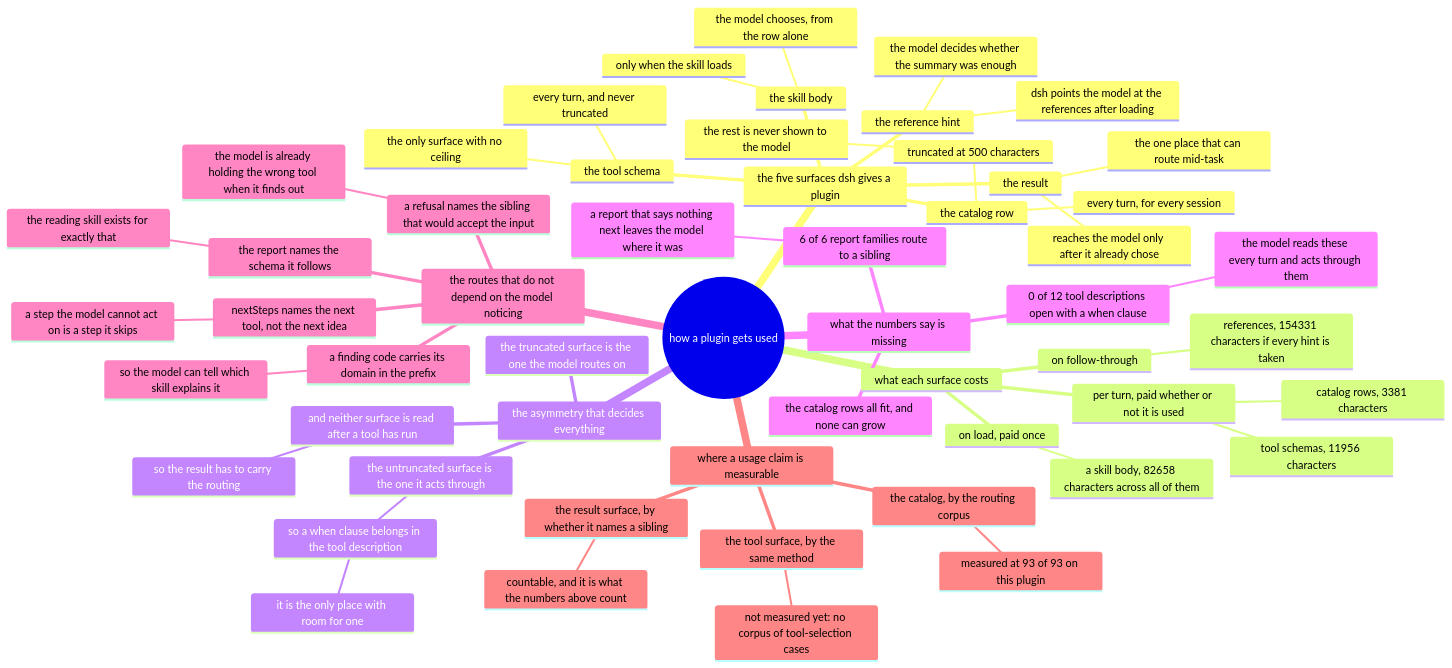
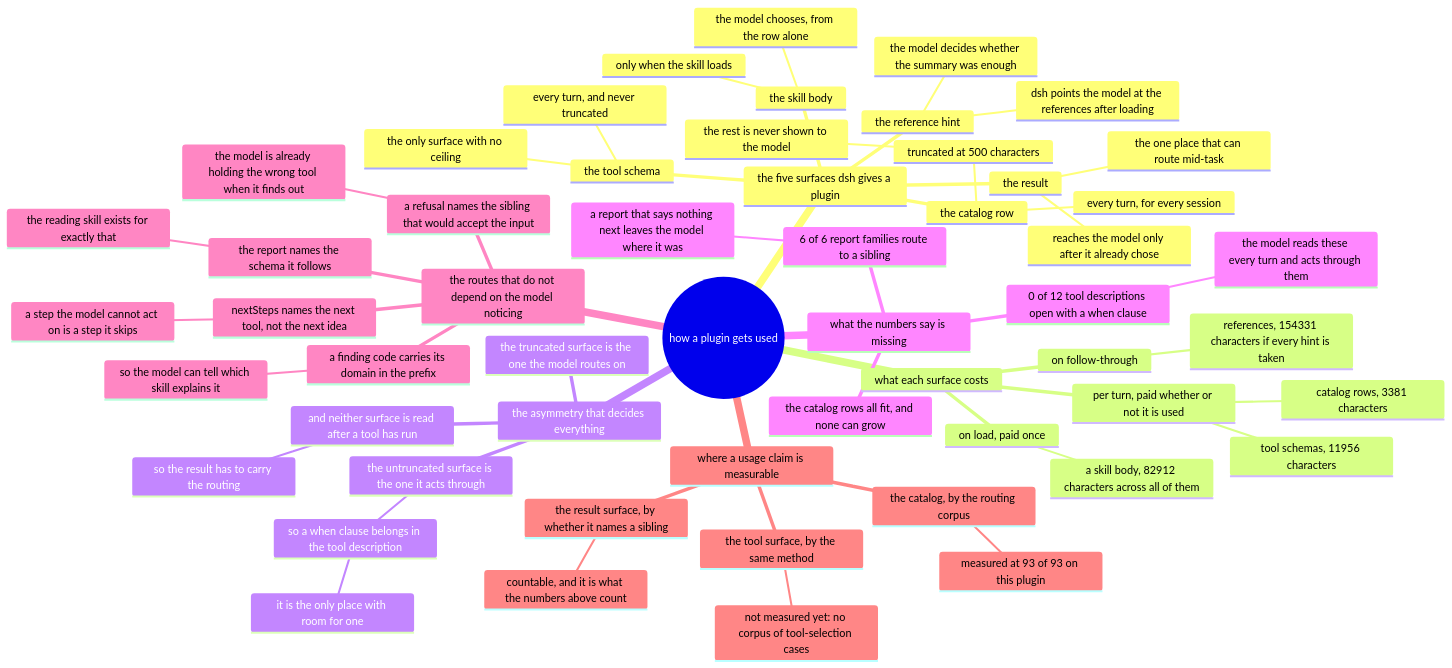
Before and after one commit to AmethystLuna/dsh-model-everything: the diagram in docs/usage/mindmap.mmd, drawn with Mermaid. The commit also changed 19 other files, not shown here.

```diff
--- a/docs/usage/mindmap.mmd
+++ b/docs/usage/mindmap.mmd
@@ -1,56 +1,56 @@
 mindmap
 root((how a plugin gets used))
   the five surfaces dsh gives a plugin
     the catalog row
       every turn, for every session
       truncated at 500 characters
         the rest is never shown to the model
     the skill body
       only when the skill loads
       the model chooses, from the row alone
     the reference hint
       dsh points the model at the references after loading
       the model decides whether the summary was enough
     the tool schema
       every turn, and never truncated
       the only surface with no ceiling
     the result
       reaches the model only after it already chose
       the one place that can route mid-task
   what each surface costs
     per turn, paid whether or not it is used
       catalog rows, 3381 characters
       tool schemas, 11956 characters
     on load, paid once
-      a skill body, 82658 characters across all of them
+      a skill body, 82912 characters across all of them
     on follow-through
       references, 154331 characters if every hint is taken
   the asymmetry that decides everything
     the truncated surface is the one the model routes on
     the untruncated surface is the one it acts through
       so a when clause belongs in the tool description
         it is the only place with room for one
     and neither surface is read after a tool has run
       so the result has to carry the routing
   what the numbers say is missing
     0 of 12 tool descriptions open with a when clause
       the model reads these every turn and acts through them
     6 of 6 report families route to a sibling
       a report that says nothing next leaves the model where it was
     the catalog rows all fit, and none can grow
   the routes that do not depend on the model noticing
     a refusal names the sibling that would accept the input
       the model is already holding the wrong tool when it finds out
     nextSteps names the next tool, not the next idea
       a step the model cannot act on is a step it skips
     a finding code carries its domain in the prefix
       so the model can tell which skill explains it
     the report names the schema it follows
       the reading skill exists for exactly that
   where a usage claim is measurable
     the catalog, by the routing corpus
       measured at 93 of 93 on this plugin
     the tool surface, by the same method
       not measured yet: no corpus of tool-selection cases
     the result surface, by whether it names a sibling
       countable, and it is what the numbers above count
```
